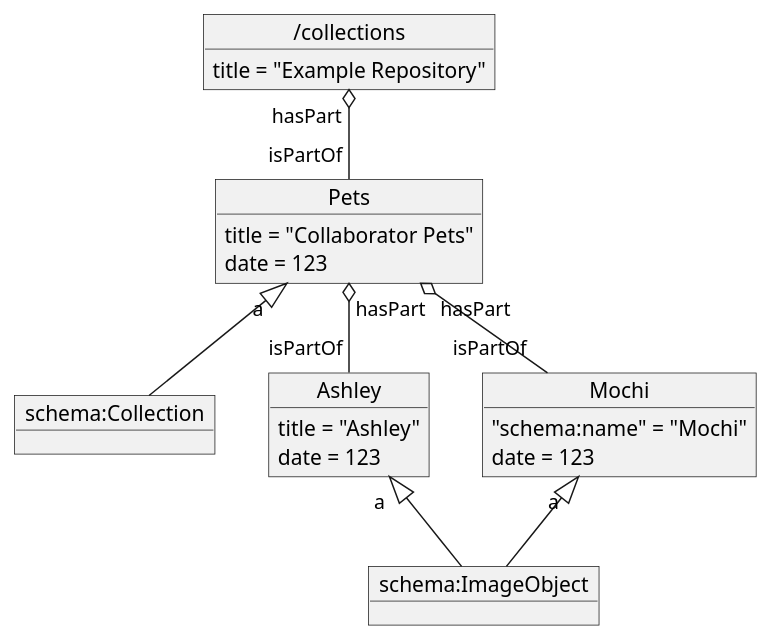
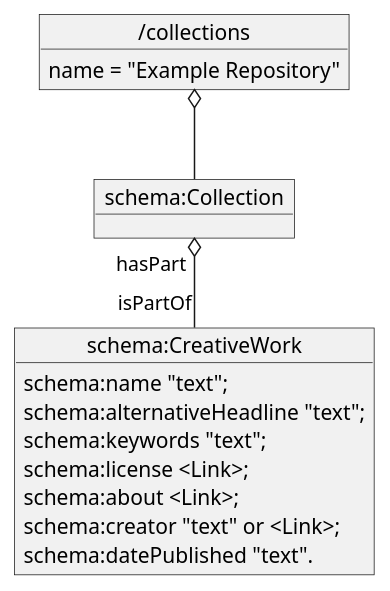
The first of 2 diagrams in collection/example_1-pets/README.org (ldragoon/fin-example-repository), drawn with PlantUML before and after one commit. The commit also changed other lines of this file and 4 other files, not shown here.

Commit message:
Updated Example 1 diagrams.

```diff
--- a/collection/example_1-pets/README.org
+++ b/collection/example_1-pets/README.org
@@ -87,34 +40,25 @@
-#+BEGIN_SRC plantuml  :file ./docs/diagram.png
-  @startuml
+#+BEGIN_SRC plantuml  :file ./docs/generic_diagram.png
+    @startuml
 
-  object "schema:Collection" as sCol
-  object "schema:ImageObject" as sImage
-
-  object "/collections" as Collections {
-			 title = "Example Repository"
+    object "schema:Collection" as sCol {
   }
 
-  object Pets {
-    title = "Collaborator Pets"
-    date = 123
+    object "schema:CreativeWork" as sCW {
+ schema:name "text";
+ schema:alternativeHeadline "text";
+ schema:keywords "text";
+ schema:license <Link>;
+ schema:about <Link>;
+ schema:creator "text" or <Link>;
+ schema:datePublished "text".
   }
 
-  object Ashley {
-    title = "Ashley"
-    date = 123
-  }
+    object "/collections" as Collections {
+         name = "Example Repository"
+    }
 
-  object Mochi {
-    "schema:name" = "Mochi"
-    date = 123
-  }
+    Collections o-- sCol
+    sCol "hasPart" o-- "isPartOf" sCW
 
-  Collections "hasPart" o-- "isPartOf" Pets
-  Pets "a  " <|-- sCol
-  Pets "hasPart" o-- "isPartOf" Ashley
-  Pets "hasPart" o-- "isPartOf" Mochi
-  Mochi "a  " <|-- sImage
-  Ashley "a  " <|-- sImage
-
-    @enduml
+      @enduml
 #+END_SRC
```
